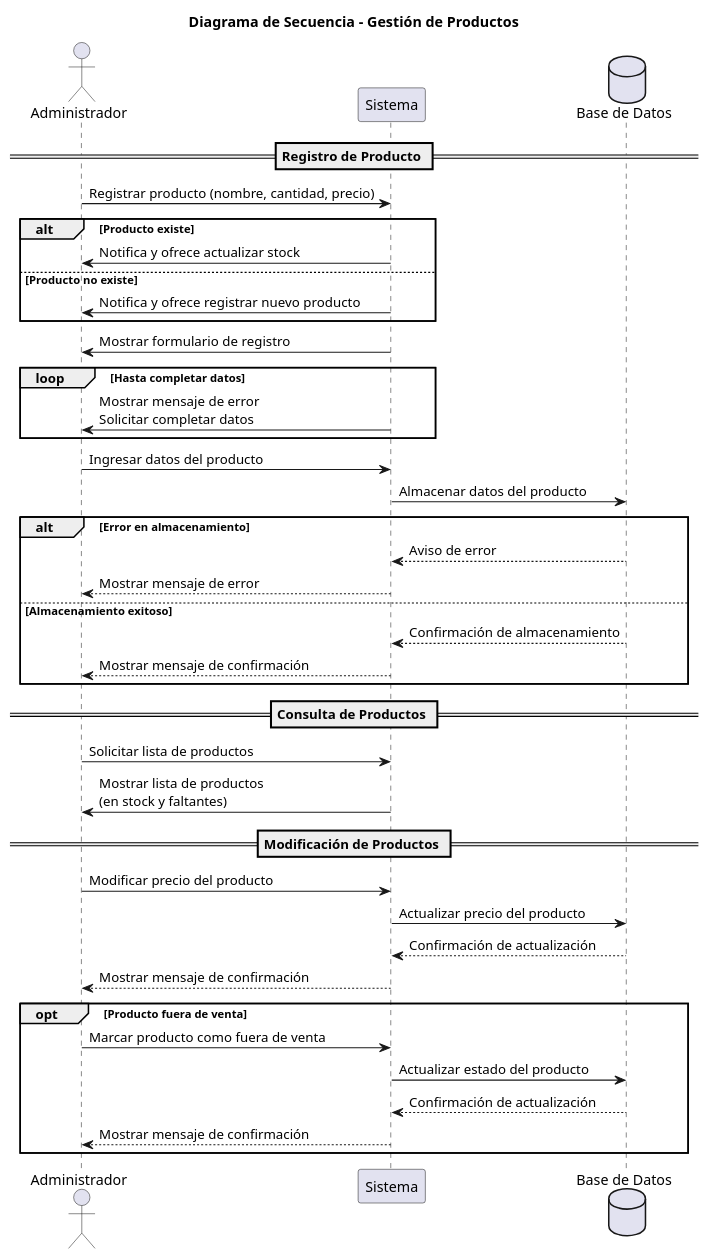
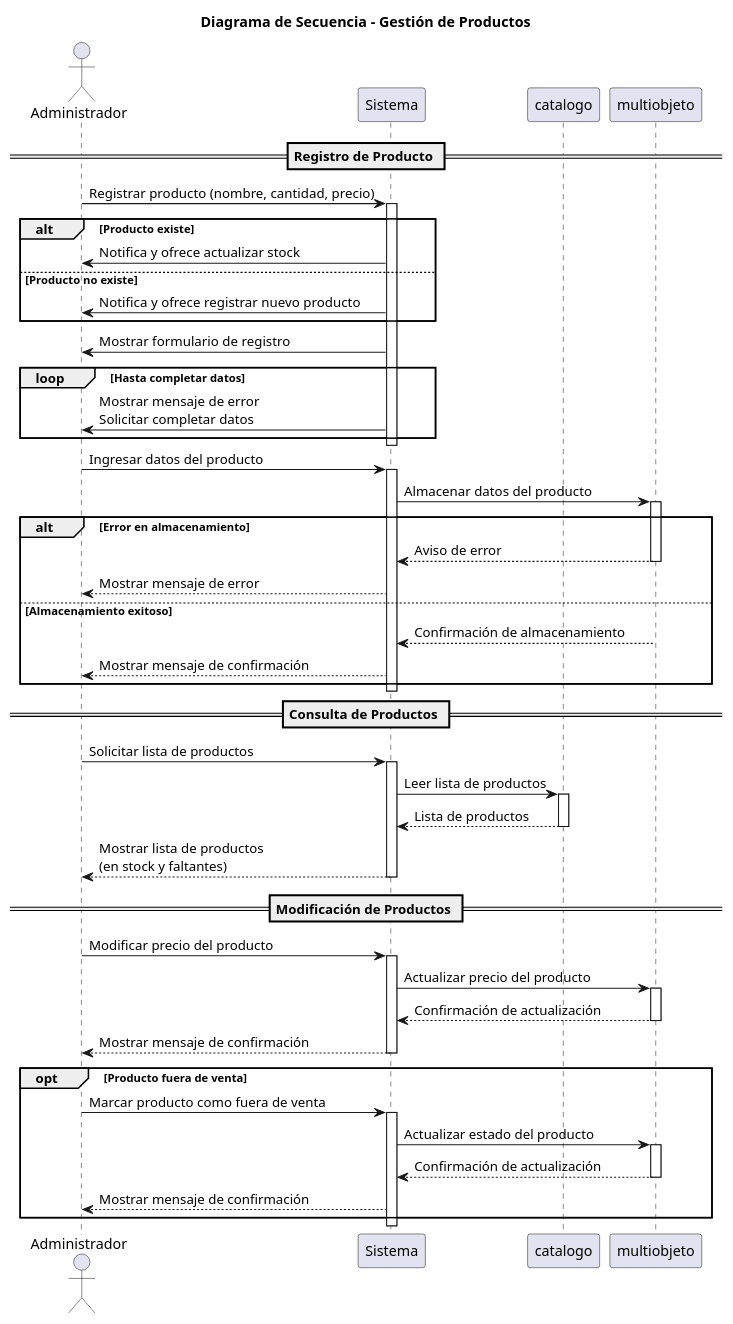
The diagram in 08-Diagrama-secuencia/04_Productos (D.S).puml (Luci1274/PPI_Proyecto_gomeria), drawn with PlantUML before and after one commit.

Commit message:
cambios y actualizacion

```diff
--- a/08-Diagrama-secuencia/04_Productos (D.S).puml
+++ b/08-Diagrama-secuencia/04_Productos (D.S).puml
@@ -1,54 +1,76 @@
 @startuml
 title Diagrama de Secuencia - Gestión de Productos
 
 actor Administrador
 participant "Sistema" as Sistema
-database "Base de Datos" as DB
+participant "catalogo" as C
+participant "multiobjeto" as MO
 
 == Registro de Producto ==
 
 Administrador -> Sistema: Registrar producto (nombre, cantidad, precio)
+activate Sistema
 
 alt Producto existe
     Sistema -> Administrador: Notifica y ofrece actualizar stock
 else Producto no existe
     Sistema -> Administrador: Notifica y ofrece registrar nuevo producto
 end
 
 Sistema -> Administrador: Mostrar formulario de registro
 
 loop Hasta completar datos
     Sistema -> Administrador: Mostrar mensaje de error\nSolicitar completar datos
 end
+deactivate Sistema
 
 Administrador -> Sistema: Ingresar datos del producto
-Sistema -> DB: Almacenar datos del producto
+activate Sistema
+Sistema -> MO: Almacenar datos del producto
+activate MO
 
 alt Error en almacenamiento
-    DB --> Sistema: Aviso de error
+    MO --> Sistema: Aviso de error
+    deactivate MO
     Sistema --> Administrador: Mostrar mensaje de error
 else Almacenamiento exitoso
-    DB --> Sistema: Confirmación de almacenamiento
+    MO --> Sistema: Confirmación de almacenamiento
+    deactivate MO
     Sistema --> Administrador: Mostrar mensaje de confirmación
 end
+deactivate Sistema
 
 == Consulta de Productos ==
 
 Administrador -> Sistema: Solicitar lista de productos
-Sistema -> Administrador: Mostrar lista de productos\n(en stock y faltantes)
+activate Sistema
+Sistema -> C: Leer lista de productos
+activate C
+C --> Sistema: Lista de productos
+deactivate C
+Sistema --> Administrador: Mostrar lista de productos\n(en stock y faltantes)
+deactivate Sistema
 
 == Modificación de Productos ==
 
 Administrador -> Sistema: Modificar precio del producto
-Sistema -> DB: Actualizar precio del producto
-DB --> Sistema: Confirmación de actualización
+activate Sistema
+Sistema -> MO: Actualizar precio del producto
+activate MO
+MO --> Sistema: Confirmación de actualización
+deactivate MO
 Sistema --> Administrador: Mostrar mensaje de confirmación
+deactivate Sistema
 
 opt Producto fuera de venta
     Administrador -> Sistema: Marcar producto como fuera de venta
-    Sistema -> DB: Actualizar estado del producto
-    DB --> Sistema: Confirmación de actualización
+    activate Sistema
+    Sistema -> MO: Actualizar estado del producto
+    activate MO
+    MO --> Sistema: Confirmación de actualización
+    deactivate MO
     Sistema --> Administrador: Mostrar mensaje de confirmación
+    
 end
 
 @enduml
```
